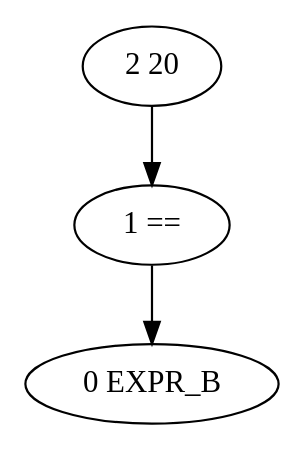
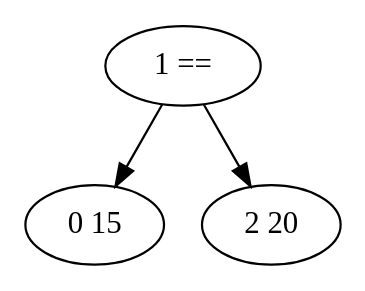
One commit to Thewbi/stm8_asm changed the diagram in preprocessor_tree.dot. Above: the diagram before and after it, drawn with Graphviz. The commit also changed 12 other files, not shown here.

```diff
--- a/preprocessor_tree.dot
+++ b/preprocessor_tree.dot
@@ -1,7 +1,7 @@
 digraph {
+1 [label="1 =="]
+0 [label="0 15"]
+1 -> 0
 2 [label="2 20"]
-1 [label="1 =="]
-0 [label="0 EXPR_B"]
-1 -> 0
-2 -> 1
+1 -> 2
 }
```
